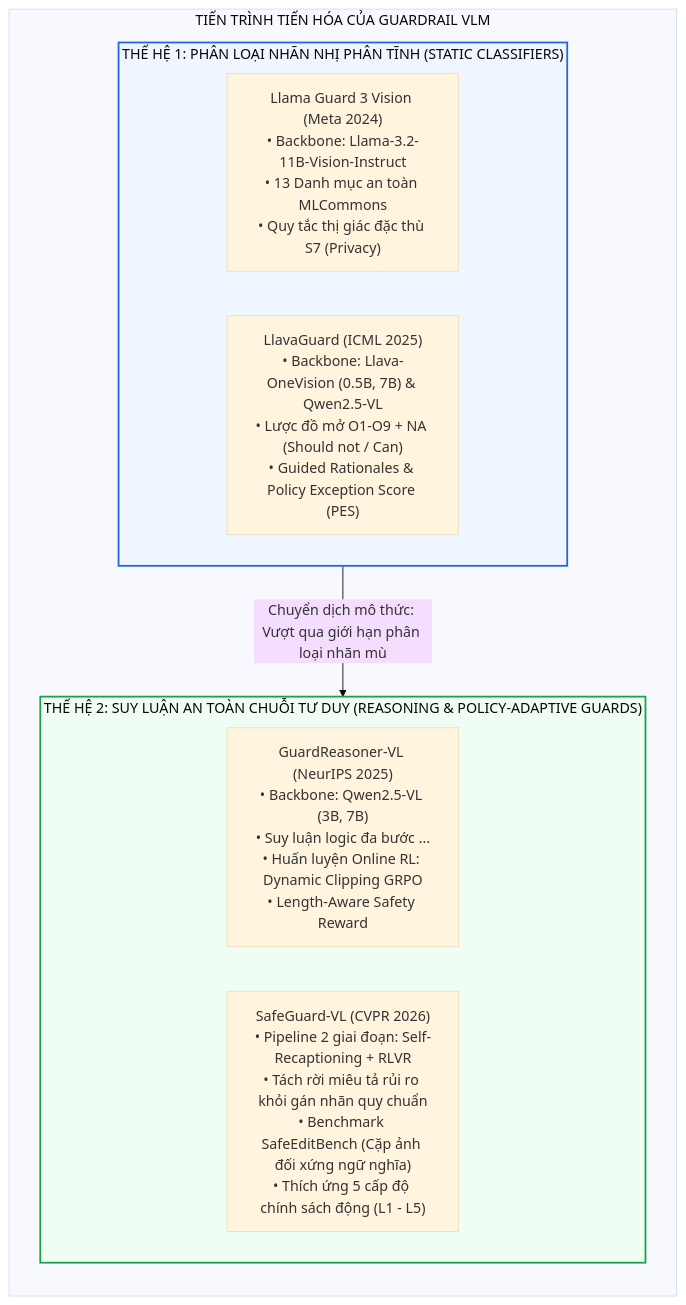
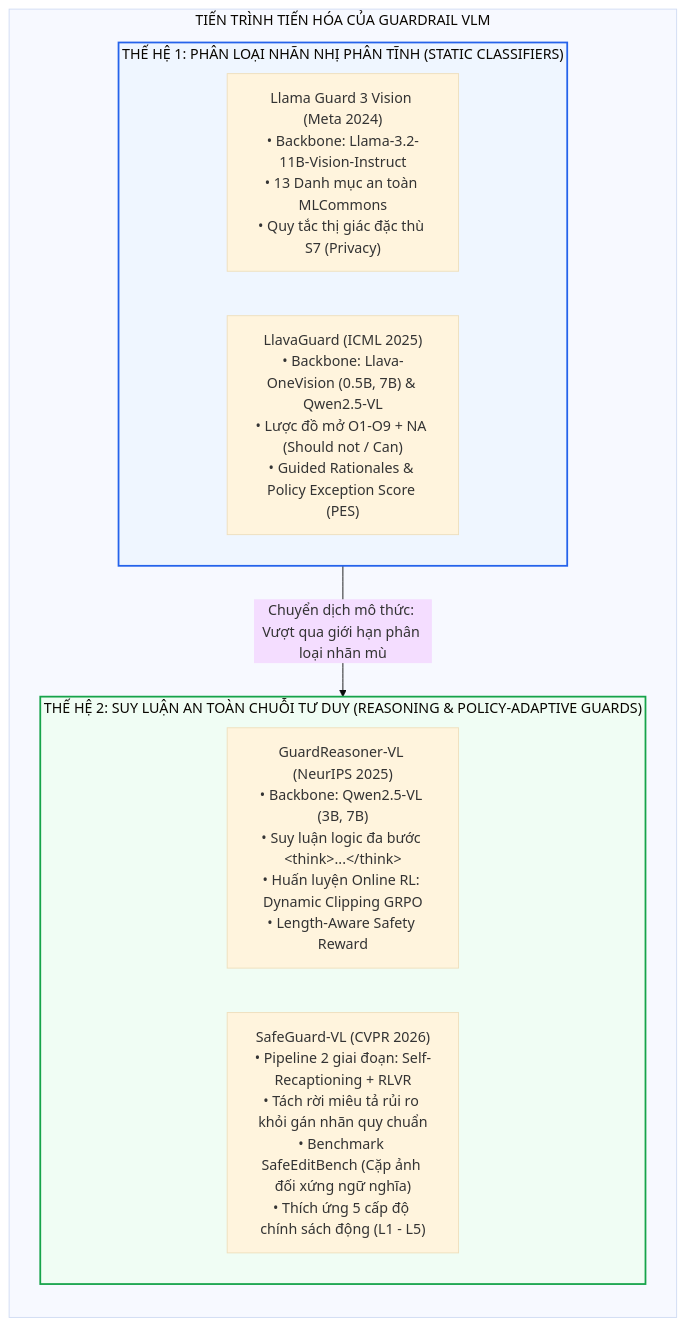
One commit to tuandung222/model-based-vpi-defenses changed the diagram in papers/guard_models/index.md. Above: the diagram before and after it, drawn with Mermaid (base theme). The commit also changed other lines of this file and 36 other files, not shown here.

First line of the commit message:
fix(docs): correct venue/arXiv ids (ARGUS CVPR 2026, WARD ICML 2026, VLGuard), add LICENSE, split single-line display math, fix tables/mermaid, extend linter

````diff
--- a/papers/guard_models/index.md
+++ b/papers/guard_models/index.md
@@ -18,21 +18,21 @@
 ```mermaid
 flowchart TD
     subgraph TAXONOMY["TIẾN TRÌNH TIẾN HÓA CỦA GUARDRAIL VLM"]
         direction TB
         
         subgraph GEN1["THẾ HỆ 1: PHÂN LOẠI NHÃN NHỊ PHÂN TĨNH (STATIC CLASSIFIERS)"]
             LG3V["Llama Guard 3 Vision (Meta 2024)<br/>• Backbone: Llama-3.2-11B-Vision-Instruct<br/>• 13 Danh mục an toàn MLCommons<br/>• Quy tắc thị giác đặc thù S7 (Privacy)"]
             LG["LlavaGuard (ICML 2025)<br/>• Backbone: Llava-OneVision (0.5B, 7B) & Qwen2.5-VL<br/>• Lược đồ mở O1-O9 + NA (Should not / Can)<br/>• Guided Rationales & Policy Exception Score (PES)"]
         end
 
         subgraph GEN2["THẾ HỆ 2: SUY LUẬN AN TOÀN CHUỖI TƯ DUY (REASONING & POLICY-ADAPTIVE GUARDS)"]
-            GRVL["GuardReasoner-VL (NeurIPS 2025)<br/>• Backbone: Qwen2.5-VL (3B, 7B)<br/>• Suy luận logic đa bước <think>...</think><br/>• Huấn luyện Online RL: Dynamic Clipping GRPO<br/>• Length-Aware Safety Reward"]
+            GRVL["GuardReasoner-VL (NeurIPS 2025)<br/>• Backbone: Qwen2.5-VL (3B, 7B)<br/>• Suy luận logic đa bước #lt;think#gt;...#lt;/think#gt;<br/>• Huấn luyện Online RL: Dynamic Clipping GRPO<br/>• Length-Aware Safety Reward"]
             SGVL["SafeGuard-VL (CVPR 2026)<br/>• Pipeline 2 giai đoạn: Self-Recaptioning + RLVR<br/>• Tách rời miêu tả rủi ro khỏi gán nhãn quy chuẩn<br/>• Benchmark SafeEditBench (Cặp ảnh đối xứng ngữ nghĩa)<br/>• Thích ứng 5 cấp độ chính sách động (L1 - L5)"]
         end
 
         GEN1 -->|Chuyển dịch mô thức: Vượt qua giới hạn phân loại nhãn mù| GEN2
     end
 
     style GEN1 fill:#eff6ff,stroke:#2563eb,stroke-width:2px
     style GEN2 fill:#f0fdf4,stroke:#16a34a,stroke-width:2px
 ```
````
